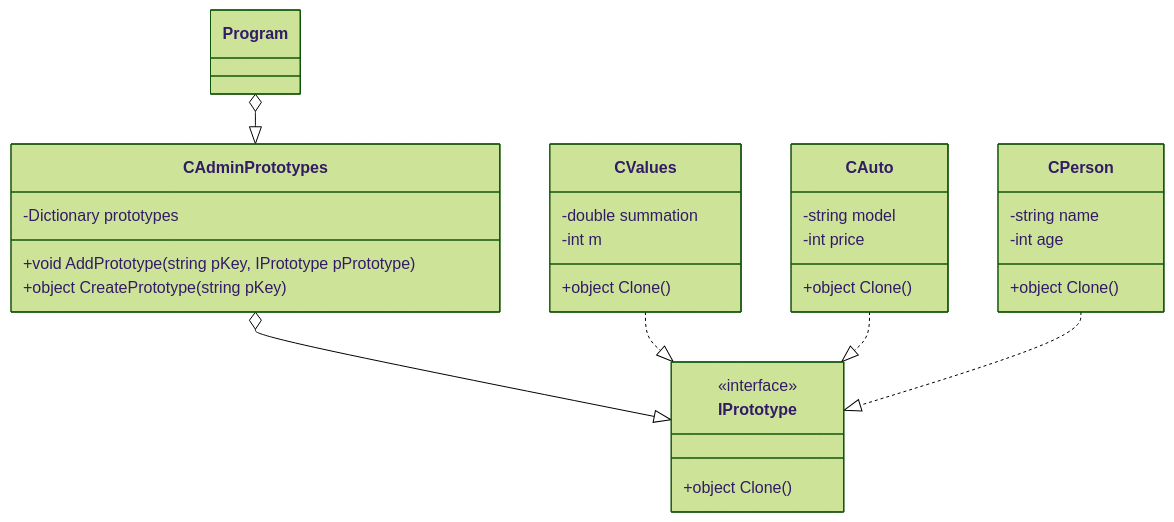
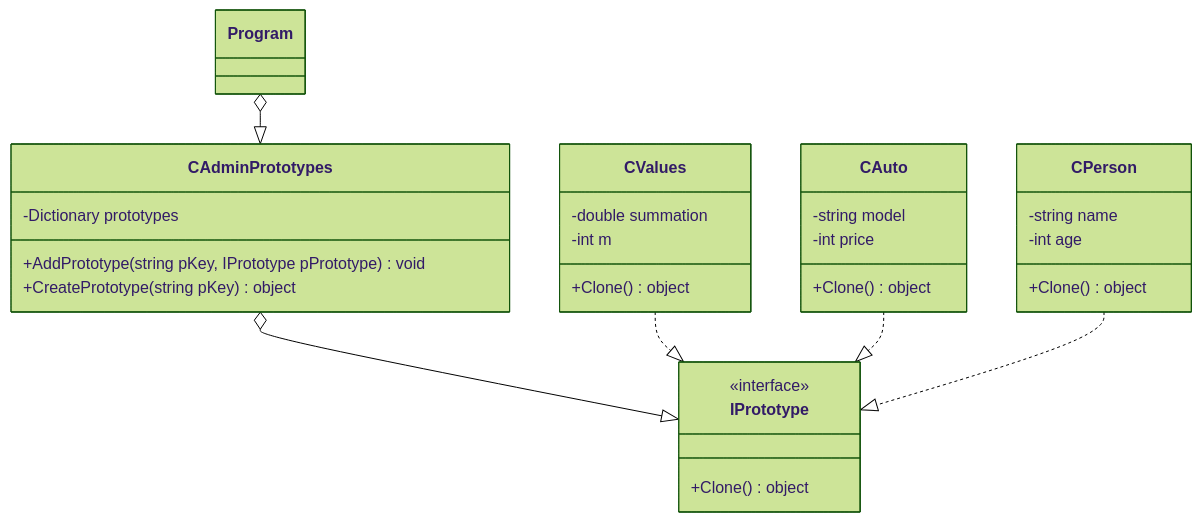
The second of 2 diagrams in 09_prototype/README.md (maherme/design_patterns), drawn with Mermaid (forest theme) before and after one commit.

````diff
--- a/09_prototype/README.md
+++ b/09_prototype/README.md
@@ -26,33 +26,33 @@
 ```mermaid
   classDiagram
     class Program
     class IPrototype{
       <<interface>>
-      +object Clone()
+      +Clone() object
     }
     class CAdminPrototypes{
       -Dictionary prototypes
-      +void AddPrototype(string pKey, IPrototype pPrototype)
-      +object CreatePrototype(string pKey)
+      +AddPrototype(string pKey, IPrototype pPrototype) void
+      +CreatePrototype(string pKey) object
     }
     class CValues{
       -double summation
       -int m
-      +object Clone()
+      +Clone() object
     }
     class CAuto{
       -string model
       -int price
-      +object Clone()
+      +Clone() object
     }
     class CPerson{
       -string name
       -int age
-      +object Clone()
+      +Clone() object
     }
     Program o--|> CAdminPrototypes
     CAdminPrototypes o--|> IPrototype
     CValues ..|> IPrototype
     CAuto ..|> IPrototype
     CPerson ..|> IPrototype
 ```
````
